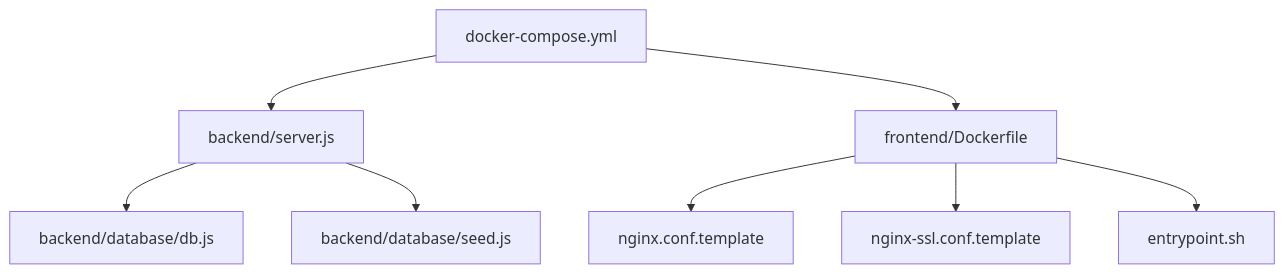
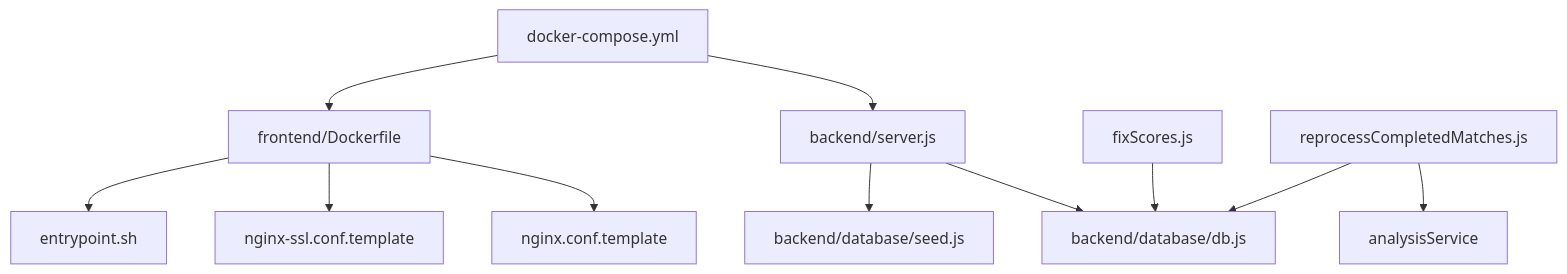
The eighth of 8 diagrams in .qoder/repowiki/en/content/Deployment & Infrastructure/Deployment & Infrastructure.md (cheesiong/WC26-qwen), drawn with Mermaid before and after one commit. The commit also changed other lines of this file and 49 other files, not shown here.

````diff
--- a/.qoder/repowiki/en/content/Deployment & Infrastructure/Deployment & Infrastructure.md
+++ b/.qoder/repowiki/en/content/Deployment & Infrastructure/Deployment & Infrastructure.md
@@ -430,10 +577,13 @@
 ```mermaid
 graph TB
 BS["backend/server.js"] --> DB["backend/database/db.js"]
 BS --> SD["backend/database/seed.js"]
 FD["frontend/Dockerfile"] --> NG["nginx.conf.template"]
 FD --> NS["nginx-ssl.conf.template"]
 FD --> EP["entrypoint.sh"]
 DC["docker-compose.yml"] --> BS
 DC --> FD
+FS["fixScores.js"] --> DB
+RCM["reprocessCompletedMatches.js"] --> DB
+RCM --> AS["analysisService"]
 ```
````
